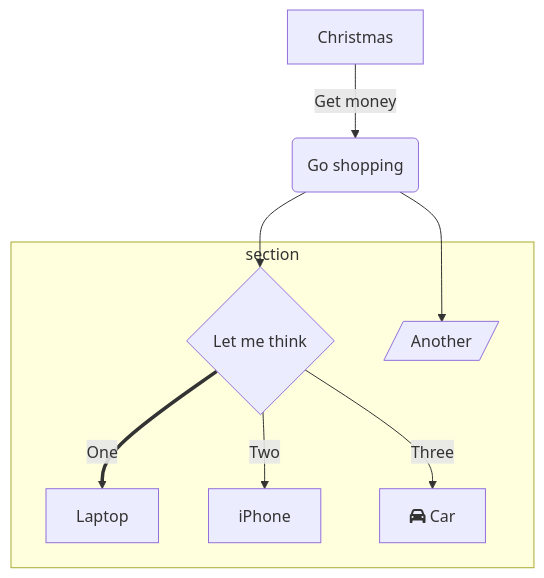
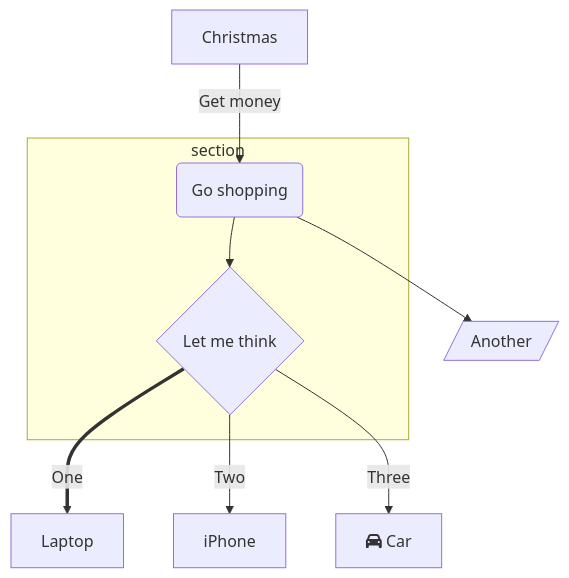
The fourth of 5 diagrams in taon.top/content/post/even-theme-show.md (taontech/www), drawn with Mermaid before and after one commit. The commit also changed other lines of this file and 4 other files, not shown here.

Commit message:
custem theme of mermaid

````diff
--- a/taon.top/content/post/even-theme-show.md
+++ b/taon.top/content/post/even-theme-show.md
@@ -49,17 +74,14 @@
-``` mermaid
+```mermaid
 %%{init: {'theme': 'default' } }%%
         graph TD
           A[Christmas] -->|Get money| B(Go shopping)
           B --> C{Let me think}
           B --> G[/Another/]
           C ==>|One| D[Laptop]
           C -->|Two| E[iPhone]
           C -->|Three| F[fa:fa-car Car]
           subgraph section
             C
-            D
-            E
-            F
-            G
+            B
           end
 ```
````
